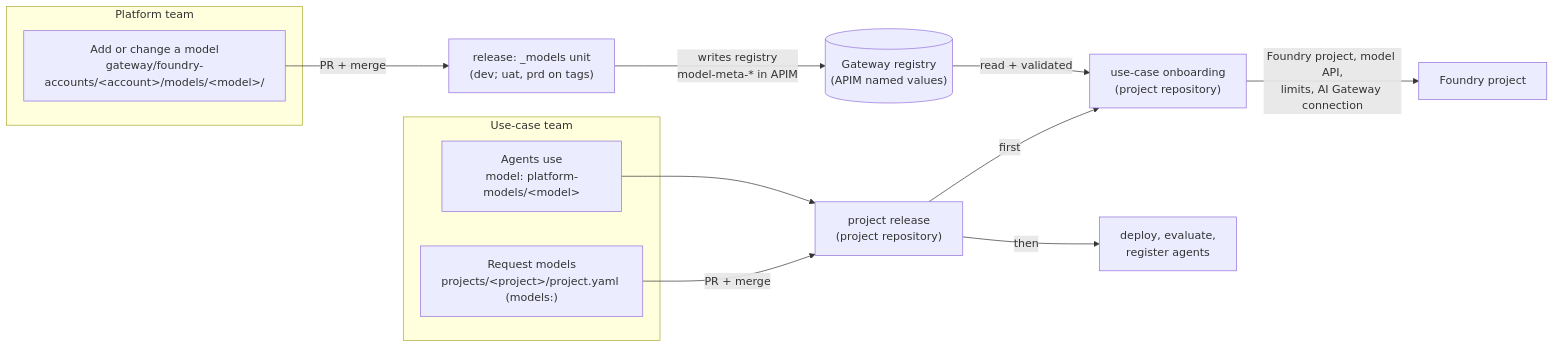
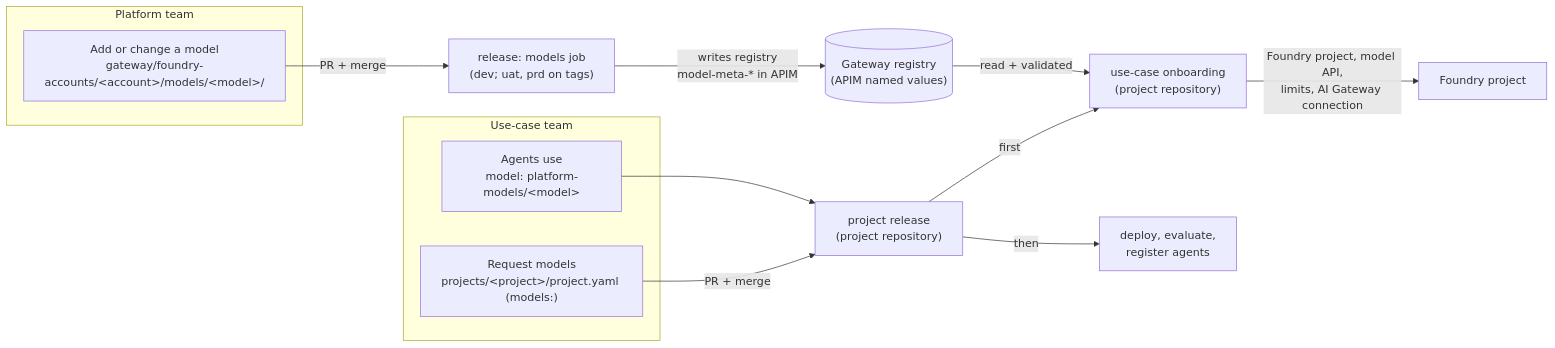
Before and after one commit to DeepuMM/ai-gateway: the first of 2 diagrams in gateway/README.md, drawn with Mermaid. The commit also changed other lines of this file and 9 other files, not shown here.

````diff
--- a/gateway/README.md
+++ b/gateway/README.md
@@ -45,18 +45,18 @@
 ```mermaid
 flowchart LR
   subgraph PT["Platform team"]
     A["Add or change a model<br/>gateway/foundry-accounts/&lt;account&gt;/models/&lt;model&gt;/"]
   end
   subgraph UC["Use-case team"]
     B["Request models<br/>projects/&lt;project&gt;/project.yaml (models:)"]
     C["Agents use<br/>model: platform-models/&lt;model&gt;"]
   end
-  A -->|PR + merge| P2["release: _models unit<br/>(dev; uat, prd on tags)"]
+  A -->|PR + merge| P2["release: models job<br/>(dev; uat, prd on tags)"]
   P2 -->|"writes registry<br/>model-meta-* in APIM"| REG[("Gateway registry<br/>(APIM named values)")]
   B -->|PR + merge| AD["project release<br/>(project repository)"]
   AD -->|first| P3["use-case onboarding<br/>(project repository)"]
   REG -->|read + validated| P3
   P3 -->|"Foundry project, model API,<br/>limits, AI Gateway connection"| PROJ["Foundry project"]
   AD -->|then| DEP["deploy, evaluate,<br/>register agents"]
   C --> AD
 ```
````
